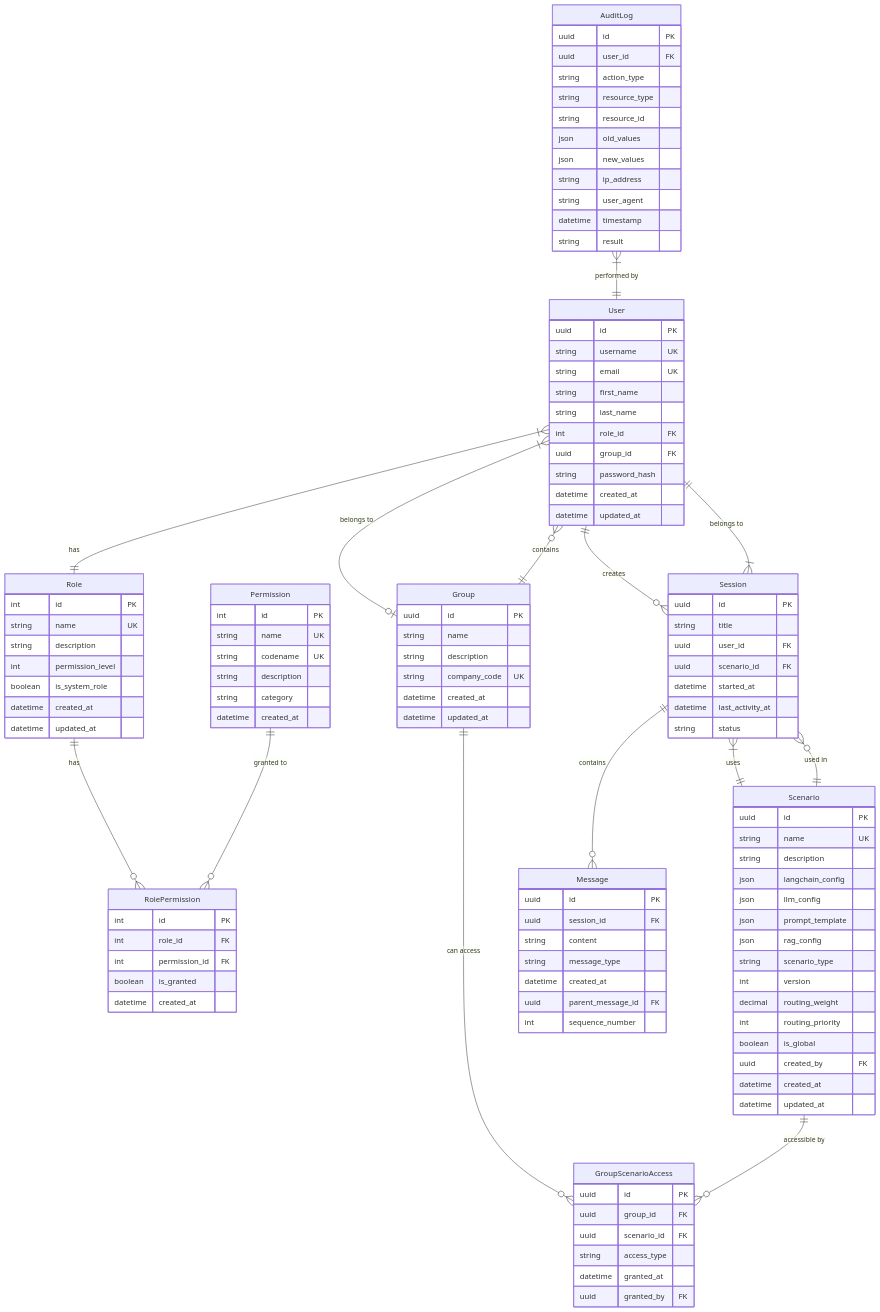
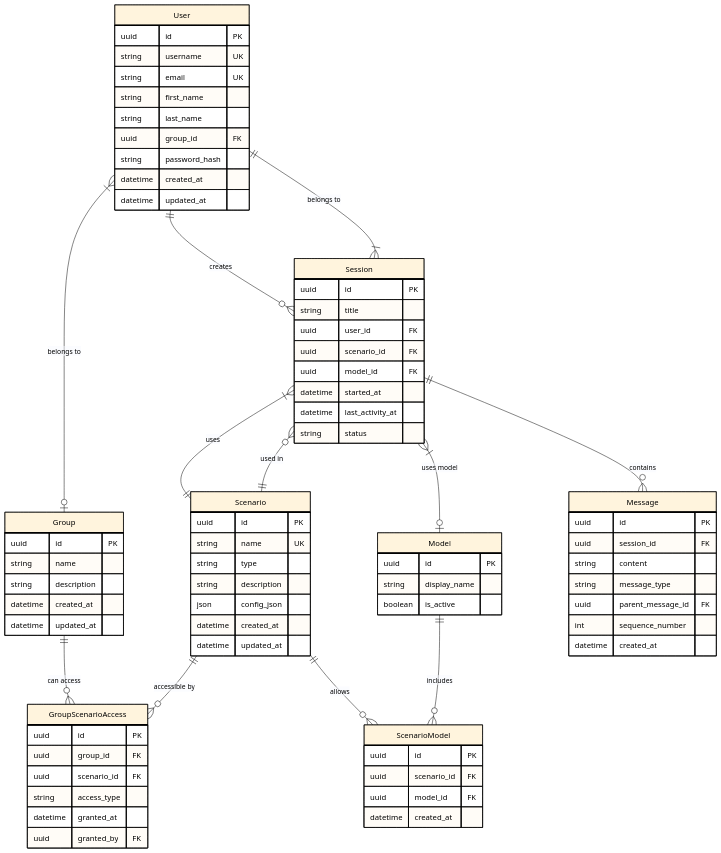
The diagram in doc/design/Database_schema.md (yihsuan1102/Multi-agent-system), drawn with Mermaid before and after one commit. The commit also changed 7 other files, not shown here.

````diff
--- a/doc/design/Database_schema.md
+++ b/doc/design/Database_schema.md
@@ -1,29 +1,27 @@
 ```mermaid
+%%{init: {"theme":"base","themeVariables":{"lineColor":"#000000","textColor":"#000000","primaryTextColor":"#000000","secondaryTextColor":"#000000","tertiaryTextColor":"#000000","primaryBorderColor":"#000000","secondaryBorderColor":"#000000","tertiaryBorderColor":"#000000"}}}%%
 erDiagram
-    %% 簡化後的使用者與權限相關實體
-    User }|--|| Role : has
+    %% 使用者與權限相關實體
     User }|--o| Group : "belongs to"
     User ||--o{ Session : creates
+
     
-    Role ||--o{ RolePermission : has
-    Permission ||--o{ RolePermission : "granted to"
-    
-    %% 群組相關實體 (簡化為公司概念)
-    Group ||--o{ User : contains
+
+    %% 群組與場景相關
     Group ||--o{ GroupScenarioAccess : "can access"
-    
-    %% 場景相關實體
     Scenario ||--o{ GroupScenarioAccess : "accessible by"
     Scenario ||--o{ Session : "used in"
-    
-    %% 會話相關實體
+
+    %% 模型與場景的多對多
+    Scenario ||--o{ ScenarioModel : "allows"
+    Model ||--o{ ScenarioModel : "includes"
+
+    %% 會話與訊息
     Session ||--o{ Message : contains
     Session }|--|| User : "belongs to"
     Session }|--|| Scenario : uses
-    
-    %% 稽核相關實體
-    AuditLog }|--|| User : "performed by"
-    
+    Session }|--o| Model : "uses model"
+
     %% 實體屬性定義
     User {
         uuid id PK
@@ -31,87 +29,44 @@
         string email UK
         string first_name
         string last_name
-        int role_id FK
         uuid group_id FK
         string password_hash
         datetime created_at
         datetime updated_at
     }
-    
-    Role {
-        int id PK
-        string name UK
-        string description
-        int permission_level
-        boolean is_system_role
-        datetime created_at
-        datetime updated_at
-    }
-    
-    Permission {
-        int id PK
-        string name UK
-        string codename UK
-        string description
-        string category
-        datetime created_at
-    }
-    
+
+
     Group {
         uuid id PK
         string name
         string description
-        string company_code UK
         datetime created_at
         datetime updated_at
     }
-    
+
     Scenario {
         uuid id PK
         string name UK
+        string type
         string description
-        json langchain_config
-        json llm_config
-        json prompt_template
-        json rag_config
-        string scenario_type
-        int version
-        decimal routing_weight
-        int routing_priority
-        boolean is_global
-        uuid created_by FK
+        json config_json
         datetime created_at
         datetime updated_at
     }
-    
-    Session {
+
+    Model {
         uuid id PK
-        string title
-        uuid user_id FK
+        string display_name
+        boolean is_active
+    }
+
+    ScenarioModel {
+        uuid id PK
         uuid scenario_id FK
-        datetime started_at
-        datetime last_activity_at
-        string status
-    }
-    
-    Message {
-        uuid id PK
-        uuid session_id FK
-        string content
-        string message_type
-        datetime created_at
-        uuid parent_message_id FK
-        int sequence_number
-    }
-    
-    RolePermission {
-        int id PK
-        int role_id FK
-        int permission_id FK
-        boolean is_granted
+        uuid model_id FK
         datetime created_at
     }
-    
+
     GroupScenarioAccess {
         uuid id PK
         uuid group_id FK
@@ -120,18 +75,25 @@
         datetime granted_at
         uuid granted_by FK
     }
-    
-    AuditLog {
+
+    Session {
         uuid id PK
+        string title
         uuid user_id FK
-        string action_type
-        string resource_type
-        string resource_id
-        json old_values
-        json new_values
-        string ip_address
-        string user_agent
-        datetime timestamp
-        string result
+        uuid scenario_id FK
+        uuid model_id FK
+        datetime started_at
+        datetime last_activity_at
+        string status
+    }
+
+    Message {
+        uuid id PK
+        uuid session_id FK
+        string content
+        string message_type
+        uuid parent_message_id FK
+        int sequence_number
+        datetime created_at
     }
 ```
````
